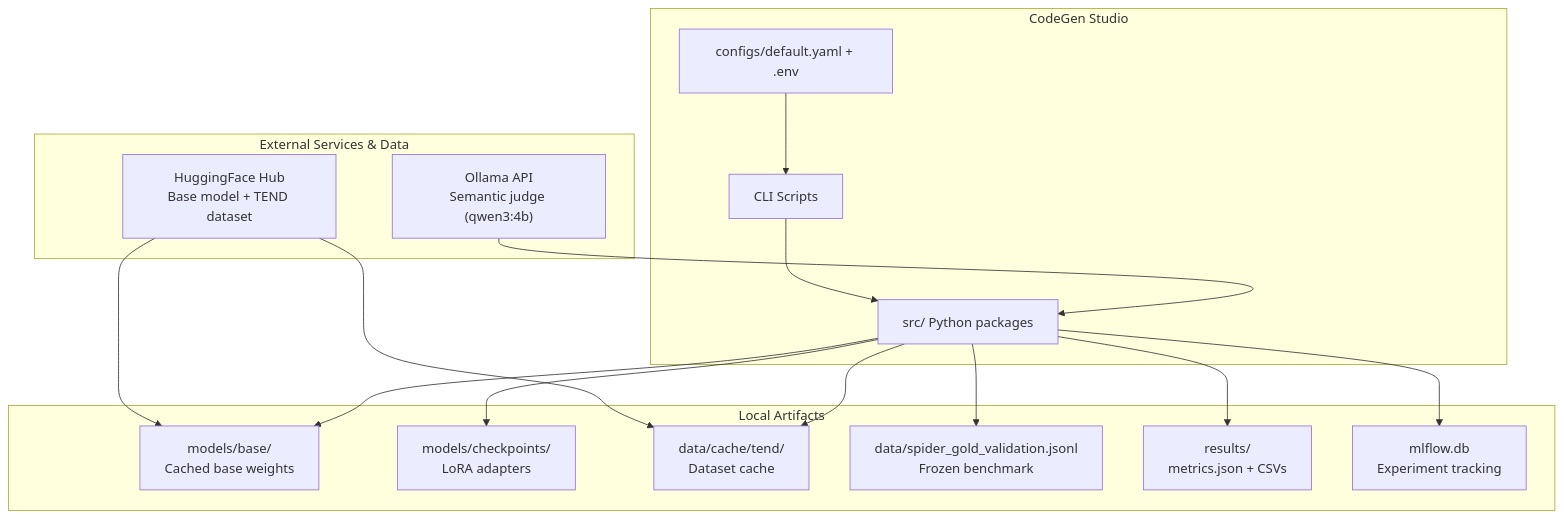
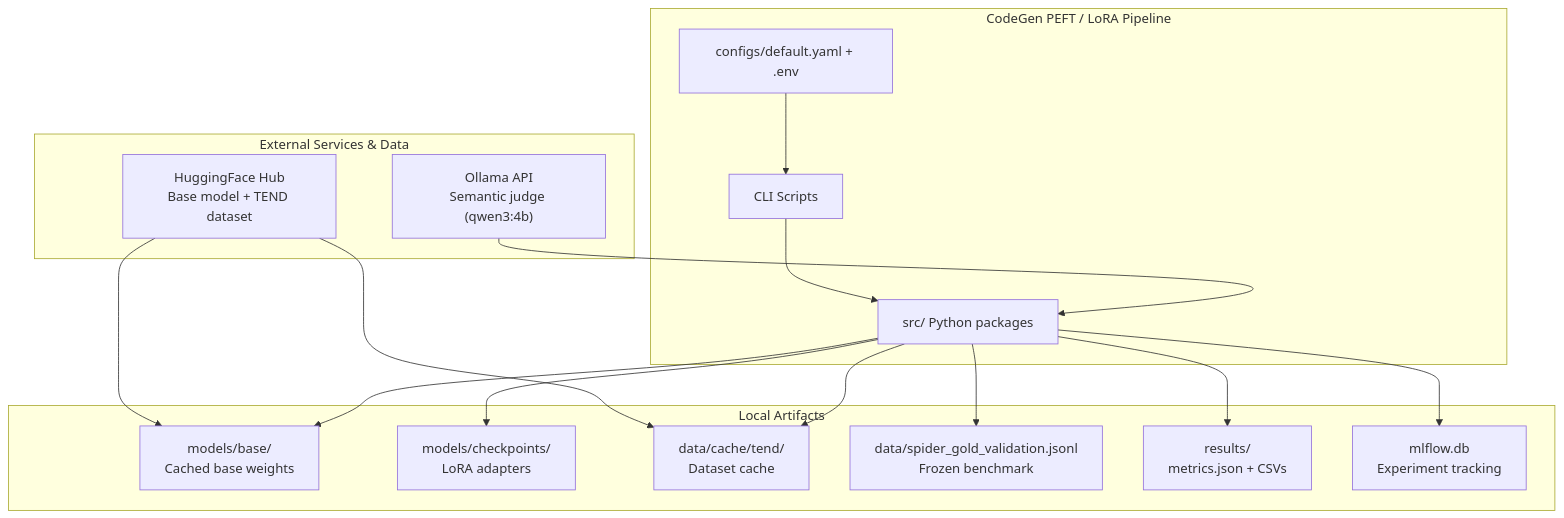
One commit to nayanjha16/CodeGen-Implementations-May_26 changed the first of 9 diagrams in docs/capstone/02-system-architecture.md. Above: the diagram before and after it, drawn with Mermaid. The commit also changed other lines of this file and 6 other files, not shown here.

````diff
--- a/docs/capstone/02-system-architecture.md
+++ b/docs/capstone/02-system-architecture.md
@@ -11,34 +11,34 @@
 ```mermaid
 flowchart TB
     subgraph External["External Services & Data"]
         HF["HuggingFace Hub<br/>Base model + TEND dataset"]
         Ollama["Ollama API<br/>Semantic judge (qwen3:4b)"]
     end
 
-    subgraph CodeGenStudio["CodeGen Studio"]
+    subgraph CodeGenPEFT["CodeGen PEFT / LoRA Pipeline"]
         CLI["CLI Scripts"]
         SRC["src/ Python packages"]
         CFG["configs/default.yaml + .env"]
     end
 
     subgraph Artifacts["Local Artifacts"]
         BASE["models/base/<br/>Cached base weights"]
         CKPT["models/checkpoints/<br/>LoRA adapters"]
         CACHE["data/cache/tend/<br/>Dataset cache"]
         GOLD["data/spider_gold_validation.jsonl<br/>Frozen benchmark"]
         RES["results/<br/>metrics.json + CSVs"]
         MLF["mlflow.db<br/>Experiment tracking"]
     end
 
     HF --> BASE
     HF --> CACHE
     CFG --> CLI
     CLI --> SRC
     SRC --> BASE
     SRC --> CKPT
     SRC --> CACHE
     SRC --> GOLD
     SRC --> RES
     SRC --> MLF
     Ollama --> SRC
 ```
````
